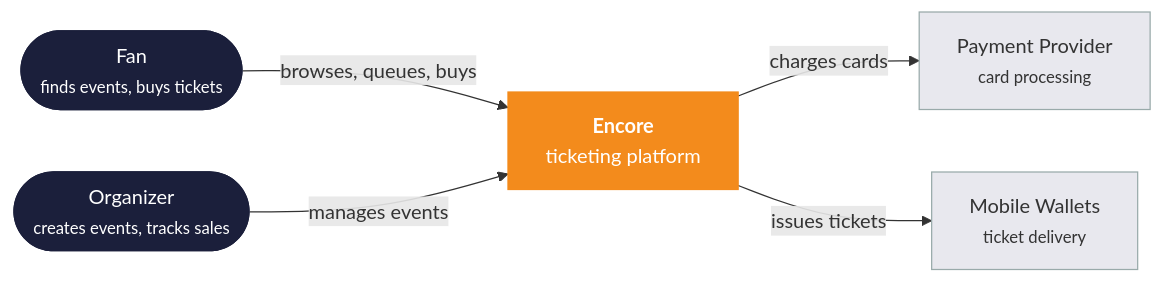
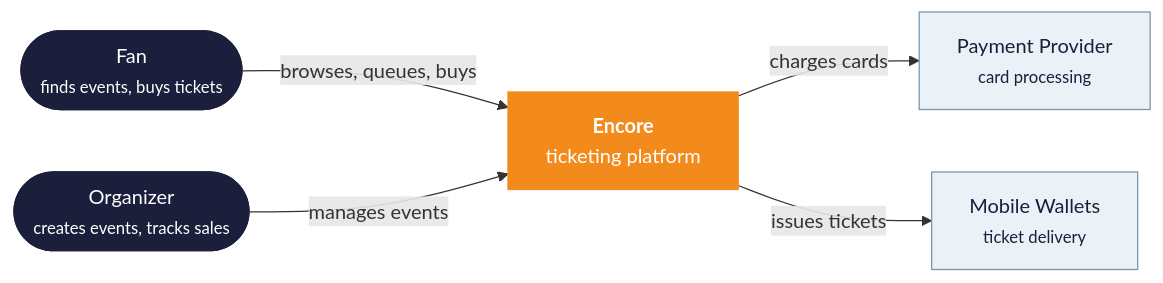
Before and after one commit to oleksiyp/arch-book: the first of 22 diagrams in README.md, drawn with Mermaid. The commit also changed other lines of this file and 2 other files, not shown here.

First line of the commit message:
Mermaid theme overhaul + gradient slash aligned with title

```diff
--- a/README.md
+++ b/README.md
@@ -120,18 +120,18 @@
 <pre class="mermaid">
 flowchart LR
     fan(["Fan<br/><small>finds events, buys tickets</small>"])
     org(["Organizer<br/><small>creates events, tracks sales</small>"])
     encore["<b>Encore</b><br/>ticketing platform"]
     psp["Payment Provider<br/><small>card processing</small>"]
     wallet["Mobile Wallets<br/><small>ticket delivery</small>"]
     fan -- browses, queues, buys --> encore
     org -- manages events --> encore
     encore -- charges cards --> psp
     encore -- issues tickets --> wallet
     classDef person fill:#1b1f3b,stroke:#1b1f3b,color:#fff
     classDef system fill:#f38b1c,stroke:#f38b1c,color:#fff
-    classDef external fill:#e8e8ee,stroke:#9aa,color:#333
+    classDef external fill:#eaf2f8,stroke:#7a93a8,color:#1b1f3b
     class fan,org person
     class encore system
     class psp,wallet external
 </pre>
```
